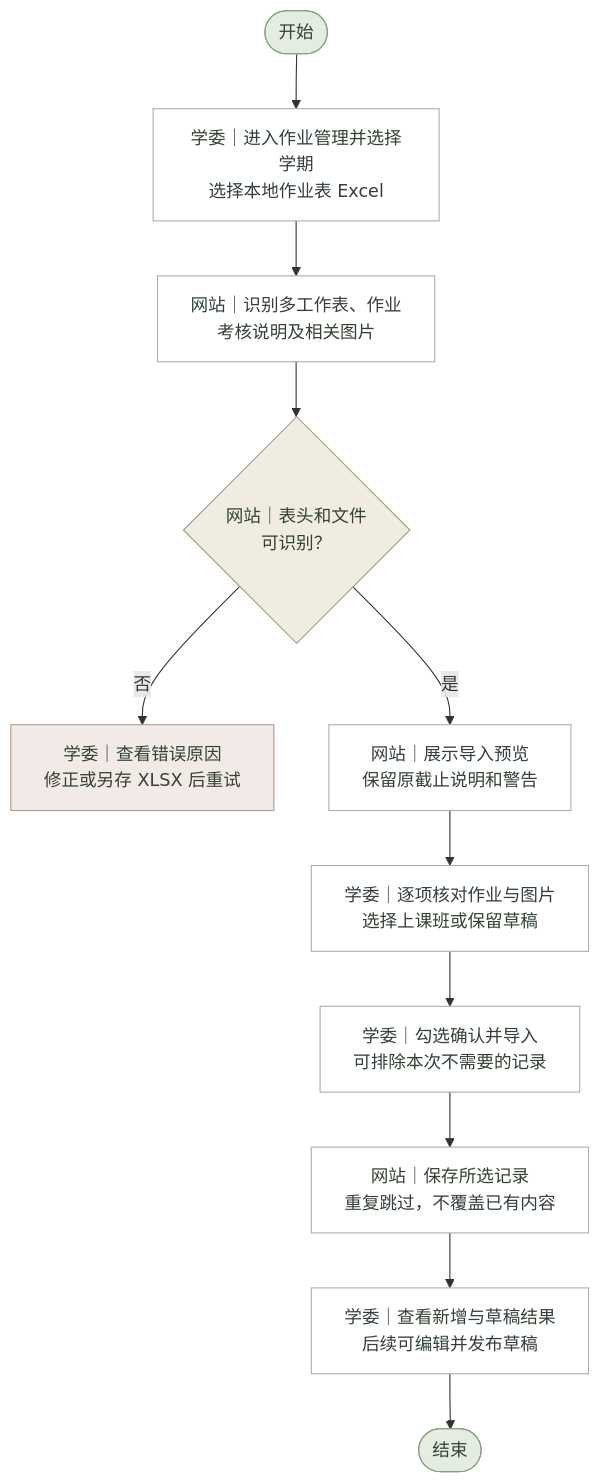
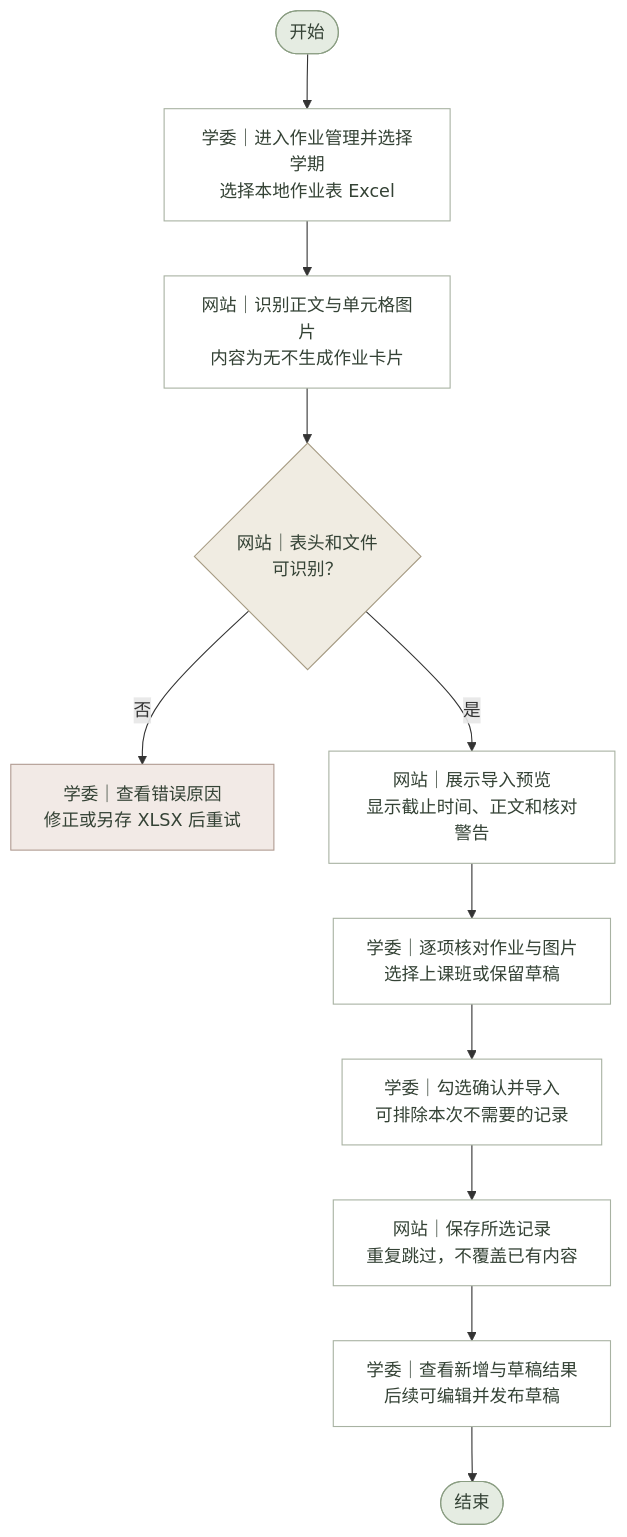
Before and after one commit to lichen-lc123/class-assistant: the diagram in 需求文档/作业功能/流程图源文件/业务流程图/Excel作业导入.mmd, drawn with Mermaid. The commit also changed 101 other files, not shown here.

```diff
--- a/需求文档/作业功能/流程图源文件/业务流程图/Excel作业导入.mmd
+++ b/需求文档/作业功能/流程图源文件/业务流程图/Excel作业导入.mmd
@@ -1,39 +1,39 @@
 %% Excel作业导入 · 业务流程图 · V1.0 · 2026-11-04
 flowchart TD
     N0(["开始"])
     N1["学委｜进入作业管理并选择学期<br/>选择本地作业表 Excel"]
-    N2["网站｜识别多工作表、作业<br/>考核说明及相关图片"]
+    N2["网站｜识别正文与单元格图片<br/>内容为无不生成作业卡片"]
     N3{"网站｜表头和文件<br/>可识别？"}
     B3["学委｜查看错误原因<br/>修正或另存 XLSX 后重试"]
-    N4["网站｜展示导入预览<br/>保留原截止说明和警告"]
+    N4["网站｜展示导入预览<br/>显示截止时间、正文和核对警告"]
     N5["学委｜逐项核对作业与图片<br/>选择上课班或保留草稿"]
     N6["学委｜勾选确认并导入<br/>可排除本次不需要的记录"]
     N7["网站｜保存所选记录<br/>重复跳过，不覆盖已有内容"]
     N8["学委｜查看新增与草稿结果<br/>后续可编辑并发布草稿"]
     N9(["结束"])
     N0 --> N1
     N1 --> N2
     N2 --> N3
     N3 -->|否| B3
     N3 -->|是| N4
     N4 --> N5
     N5 --> N6
     N6 --> N7
     N7 --> N8
     N8 --> N9
     classDef normal fill:#FFFFFF,stroke:#A8B2A2,color:#344235;
     classDef decision fill:#F0ECE2,stroke:#A69B83,color:#344235;
     classDef terminal fill:#E5ECE2,stroke:#8A9D82,color:#344235;
     classDef exception fill:#F2EAE6,stroke:#B09B91,color:#344235;
     classDef database fill:#E7EDF0,stroke:#8A9CA6,color:#344235;
     class N0 terminal;
     class N1 normal;
     class N2 normal;
     class N3 decision;
     class B3 exception;
     class N4 normal;
     class N5 normal;
     class N6 normal;
     class N7 normal;
     class N8 normal;
     class N9 terminal;
```
